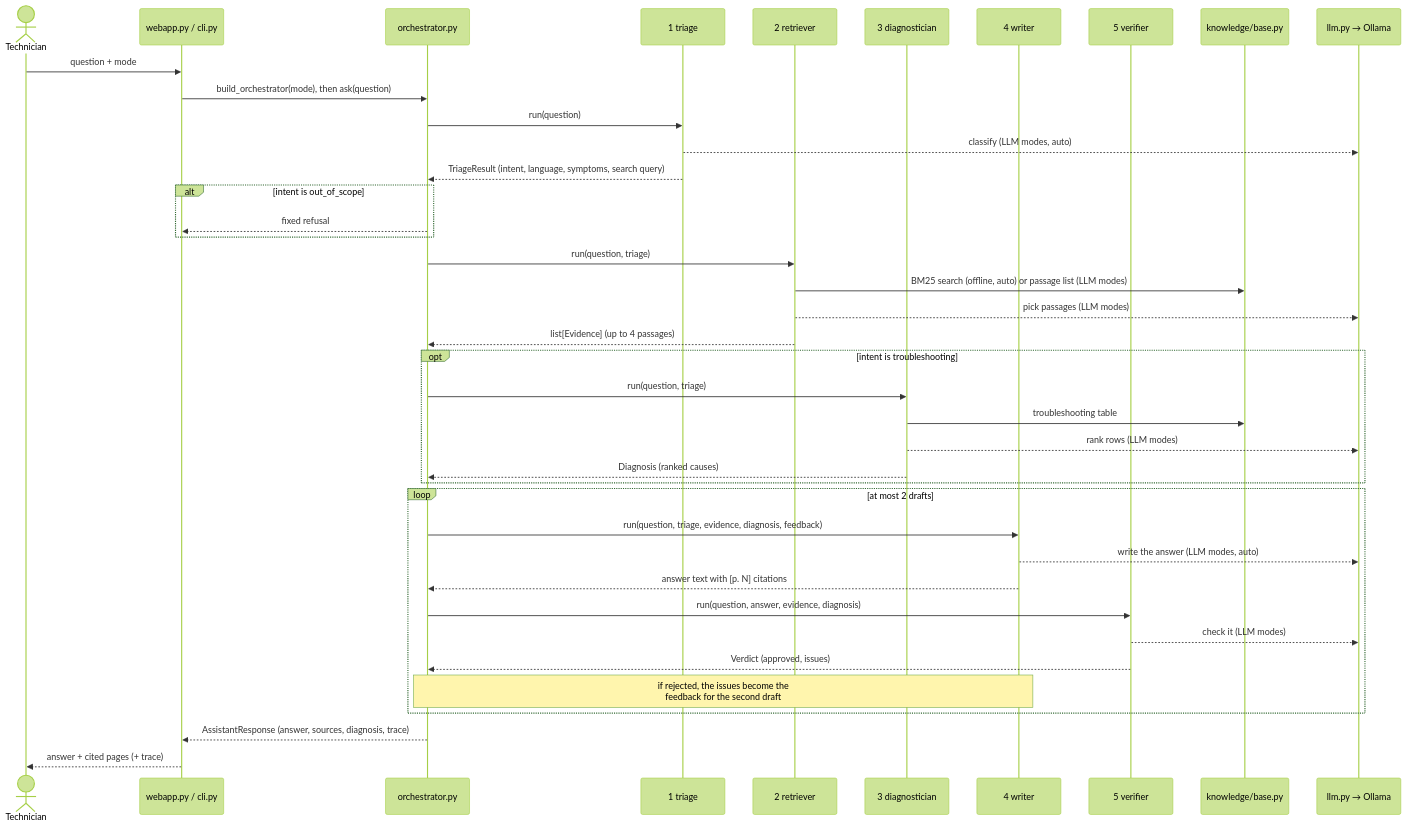
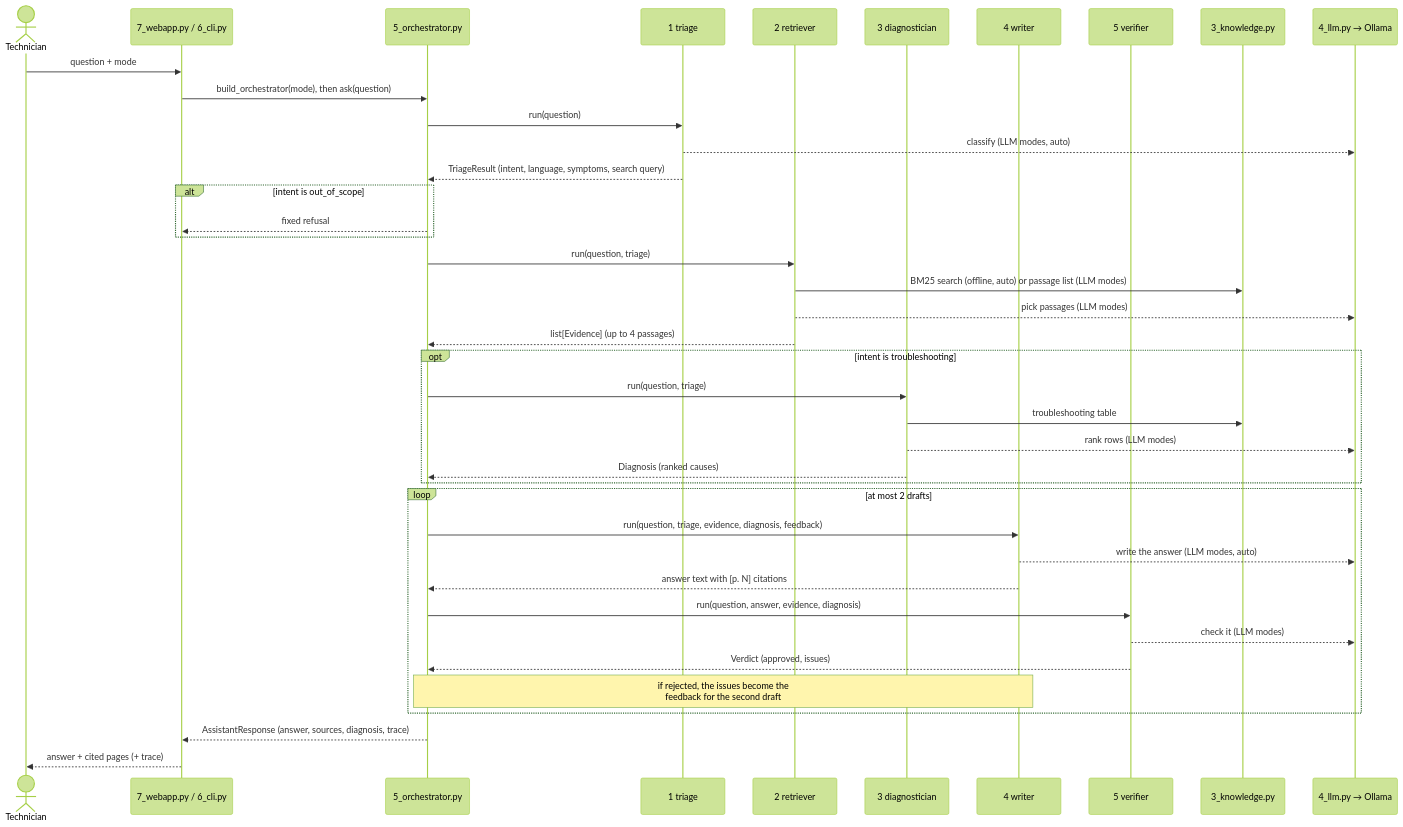
Before and after one commit to joanvaquer/fluidra: the second of 2 diagrams in docs/MODULES.md, drawn with Mermaid (forest theme). The commit also changed other lines of this file and 19 other files, not shown here.

````diff
--- a/docs/MODULES.md
+++ b/docs/MODULES.md
@@ -94,43 +92,43 @@
 ```mermaid
 sequenceDiagram
     actor U as Technician
-    participant E as webapp.py / cli.py
-    participant O as orchestrator.py
+    participant E as 7_webapp.py / 6_cli.py
+    participant O as 5_orchestrator.py
     participant T as 1 triage
     participant R as 2 retriever
     participant D as 3 diagnostician
     participant W as 4 writer
     participant V as 5 verifier
-    participant K as knowledge/base.py
-    participant L as llm.py → Ollama
+    participant K as 3_knowledge.py
+    participant L as 4_llm.py → Ollama
 
     U->>E: question + mode
     E->>O: build_orchestrator(mode), then ask(question)
     O->>T: run(question)
     T-->>L: classify (LLM modes, auto)
     T-->>O: TriageResult (intent, language, symptoms, search query)
     alt intent is out_of_scope
         O-->>E: fixed refusal
     end
     O->>R: run(question, triage)
     R->>K: BM25 search (offline, auto) or passage list (LLM modes)
     R-->>L: pick passages (LLM modes)
     R-->>O: list[Evidence] (up to 4 passages)
     opt intent is troubleshooting
         O->>D: run(question, triage)
         D->>K: troubleshooting table
         D-->>L: rank rows (LLM modes)
         D-->>O: Diagnosis (ranked causes)
     end
     loop at most 2 drafts
         O->>W: run(question, triage, evidence, diagnosis, feedback)
         W-->>L: write the answer (LLM modes, auto)
         W-->>O: answer text with [p. N] citations
         O->>V: run(question, answer, evidence, diagnosis)
         V-->>L: check it (LLM modes)
         V-->>O: Verdict (approved, issues)
         Note over O,W: if rejected, the issues become the<br/>feedback for the second draft
     end
     O-->>E: AssistantResponse (answer, sources, diagnosis, trace)
     E-->>U: answer + cited pages (+ trace)
 ```
````
